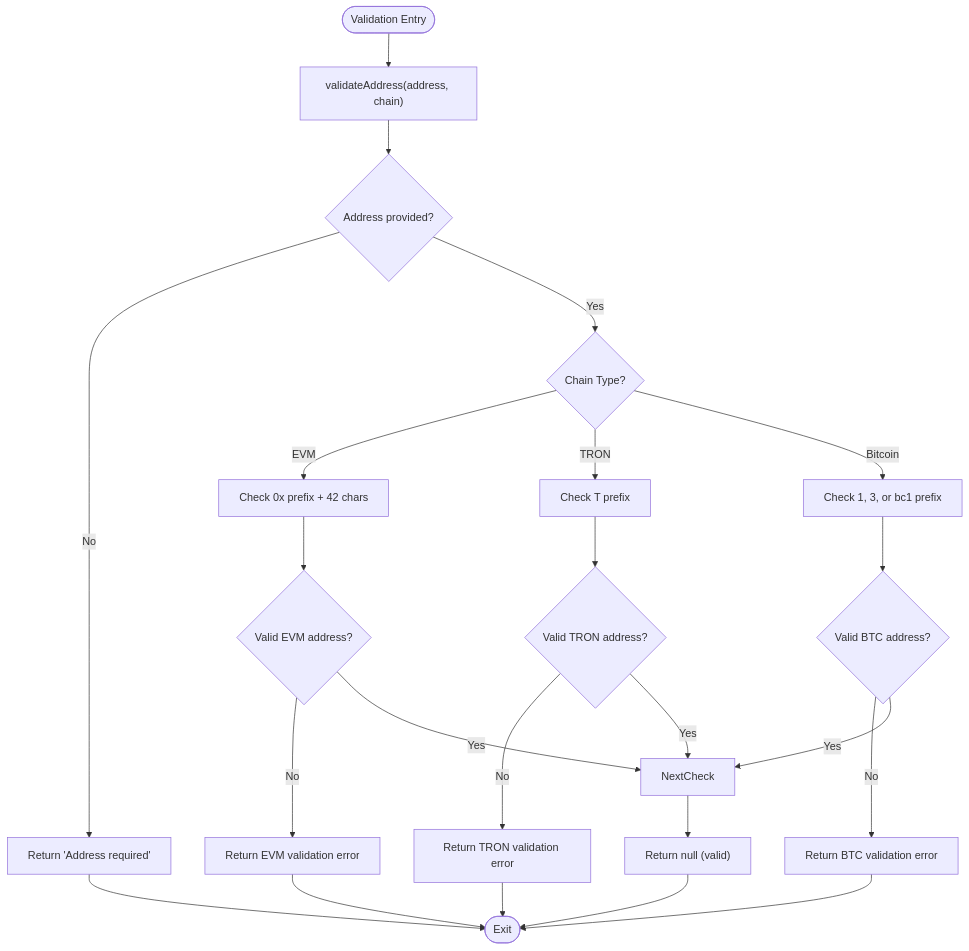
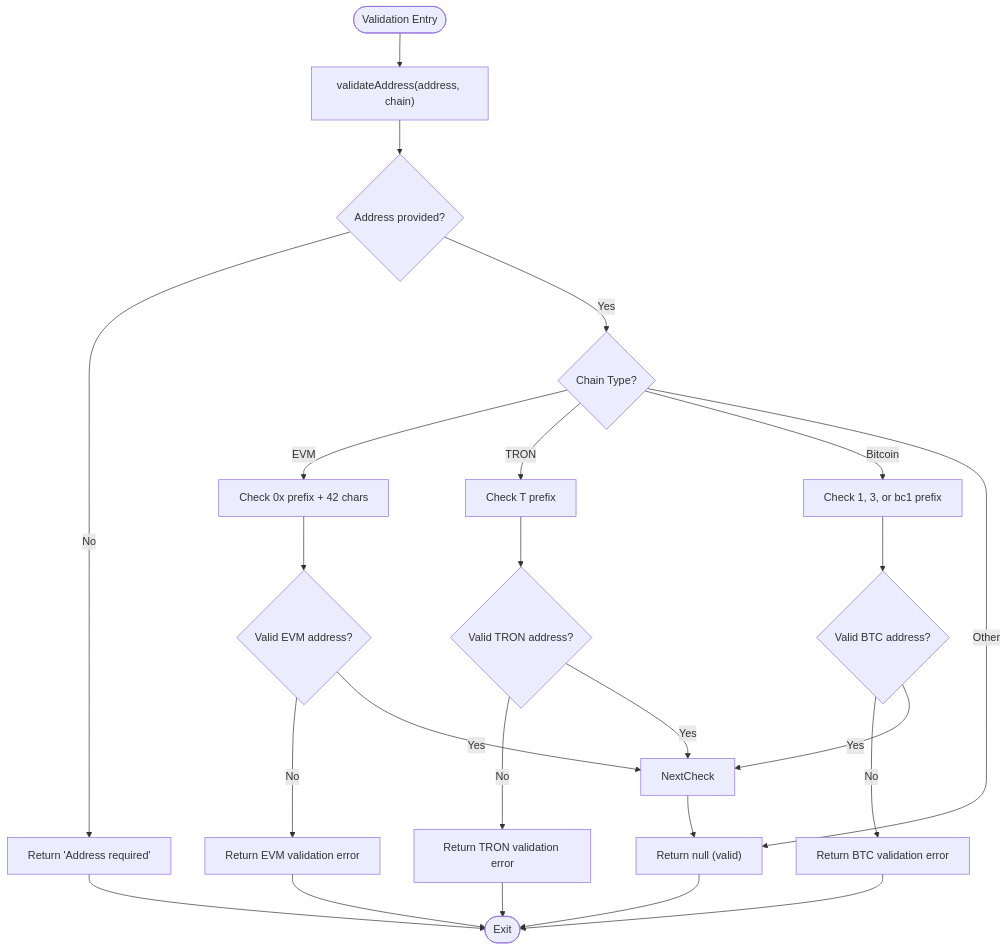
Before and after one commit to KaranMakani/deposit-fixer: the fourth of 5 diagrams in .qoder/repowiki/en/content/Project Overview.md, drawn with Mermaid. The commit also changed other lines of this file and 10 other files, not shown here.

````diff
--- a/.qoder/repowiki/en/content/Project Overview.md
+++ b/.qoder/repowiki/en/content/Project Overview.md
@@ -190,25 +216,26 @@
 ```mermaid
 flowchart TD
 Start([Validation Entry]) --> ValidateAddress["validateAddress(address, chain)"]
 ValidateAddress --> CheckRequired{"Address provided?"}
 CheckRequired --> |No| ReturnError1["Return 'Address required'"]
 CheckRequired --> |Yes| CheckChainType{"Chain Type?"}
 CheckChainType --> |EVM| CheckEVM["Check 0x prefix + 42 chars"]
 CheckChainType --> |TRON| CheckTRON["Check T prefix"]
 CheckChainType --> |Bitcoin| CheckBTC["Check 1, 3, or bc1 prefix"]
+CheckChainType --> |Other| ReturnNull["Return null (valid)"]
 CheckEVM --> EVMValid{"Valid EVM address?"}
 EVMValid --> |No| ReturnEVMError["Return EVM validation error"]
 EVMValid --> |Yes| NextCheck
 CheckTRON --> TRONValid{"Valid TRON address?"}
 TRONValid --> |No| ReturnTRONError["Return TRON validation error"]
 TRONValid --> |Yes| NextCheck
 CheckBTC --> BTCValid{"Valid BTC address?"}
 BTCValid --> |No| ReturnBTCError["Return BTC validation error"]
 BTCValid --> |Yes| NextCheck
 NextCheck --> ReturnNull["Return null (valid)"]
 ReturnError1 --> End([Exit])
 ReturnEVMError --> End
 ReturnTRONError --> End
 ReturnBTCError --> End
 ReturnNull --> End
 ```
````
